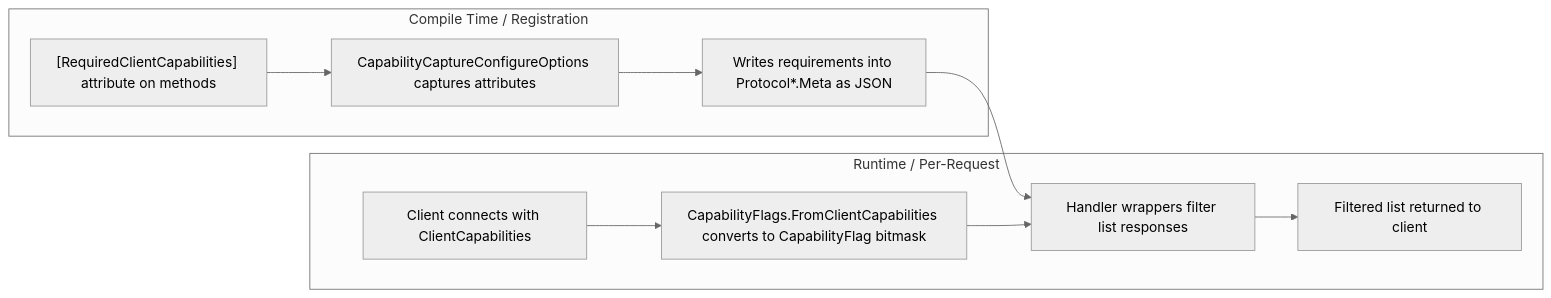
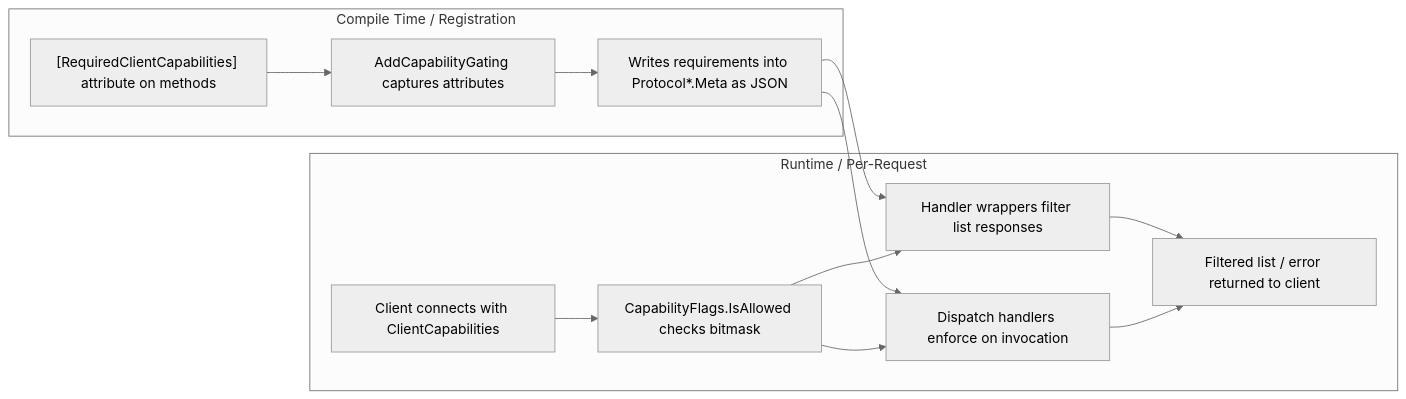
One commit to logichaos/McpCapabilities changed the first of 5 diagrams in src/McpCapabilities.Server/README.md. Above: the diagram before and after it, drawn with Mermaid (neutral theme). The commit also changed other lines of this file and 16 other files, not shown here.

Commit message:
feat: add AllowWhenClientCapabilitiesNotProvided flag

````diff
--- a/src/McpCapabilities.Server/README.md
+++ b/src/McpCapabilities.Server/README.md
@@ -40,22 +39,26 @@
 ```mermaid
 graph LR
     subgraph "Compile Time / Registration"
         ATTR["[RequiredClientCapabilities] attribute on methods"]
-        CAPTURE["CapabilityCaptureConfigureOptions captures attributes"]
+        CAPTURE["AddCapabilityGating captures attributes"]
         STORE["Writes requirements into Protocol*.Meta as JSON"]
     end
 
     subgraph "Runtime / Per-Request"
         CLIENT["Client connects with ClientCapabilities"]
-        CONVERT["CapabilityFlags.FromClientCapabilities converts to CapabilityFlag bitmask"]
+        CONVERT["CapabilityFlags.IsAllowed checks bitmask"]
         WRAP["Handler wrappers filter list responses"]
-        RESPONSE["Filtered list returned to client"]
+        DISPATCH["Dispatch handlers enforce on invocation"]
+        RESPONSE["Filtered list / error returned to client"]
     end
 
     ATTR --> CAPTURE
     CAPTURE --> STORE
     CLIENT --> CONVERT
     STORE --> WRAP
     CONVERT --> WRAP
     WRAP --> RESPONSE
+    STORE --> DISPATCH
+    CONVERT --> DISPATCH
+    DISPATCH --> RESPONSE
 ```
````
